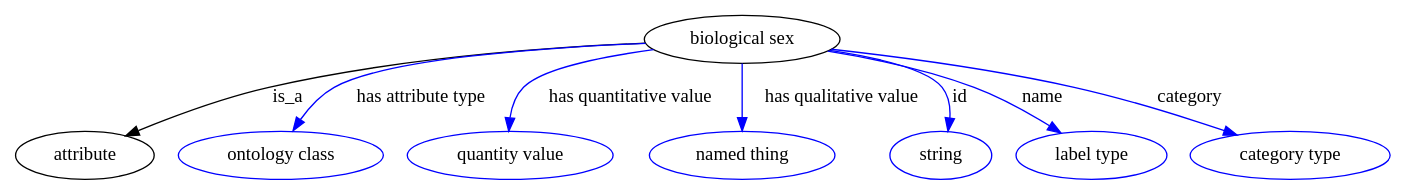
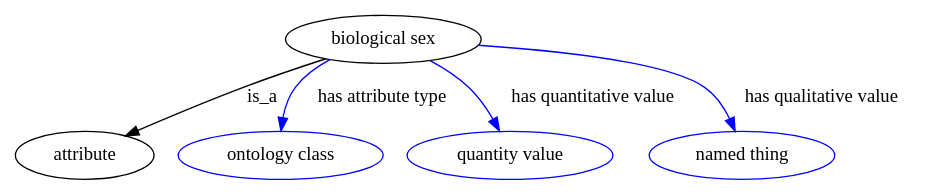
Before and after one commit to biolink/biolink-model: the diagram in graphviz/biological_sex.gv, drawn with Graphviz. The commit also changed 134 other files, not shown here.

```diff
--- a/graphviz/biological_sex.gv
+++ b/graphviz/biological_sex.gv
@@ -1,74 +1,44 @@
 digraph {
-	graph [bb="0,0,832.79,123"];
+	graph [bb="0,0,533.3,123"];
 	node [label="\N"];
 	"biological sex"	 [height=0.5,
 		label="biological sex",
-		pos="439.3,105",
+		pos="226.3,105",
 		width=1.661];
 	attribute	 [height=0.5,
 		pos="40.296,18",
 		width=1.1193];
 	"biological sex" -> attribute	 [label=is_a,
-		lp="174.3,61.5",
-		pos="e,67.415,31.686 380.27,101.81 323.79,97.703 236.59,88.605 163.3,69 133.13,60.931 100.56,47.179 76.513,35.988"];
+		lp="158.3,61.5",
+		pos="e,67.947,31.34 192.8,89.887 178.72,83.498 162.19,75.941 147.3,69 123.84,58.068 97.615,45.571 76.996,35.684"];
 	"has attribute type"	 [color=blue,
 		height=0.5,
 		label="ontology class",
 		pos="160.3,18",
 		width=1.7151];
 	"biological sex" -> "has attribute type"	 [color=blue,
 		label="has attribute type",
-		lp="256.3,61.5",
-		pos="e,172.74,36.026 381.59,100.2 323.5,94.621 238.46,84.197 209.3,69 197.73,62.972 187.32,53.162 179.1,43.749",
+		lp="228.3,61.5",
+		pos="e,165.28,36.145 200.88,88.308 193.86,82.793 186.7,76.204 181.3,69 176.07,62.028 171.9,53.569 168.71,45.56",
 		style=solid];
 	"has quantitative value"	 [color=blue,
 		height=0.5,
 		label="quantity value",
 		pos="301.3,18",
 		width=1.6971];
 	"biological sex" -> "has quantitative value"	 [color=blue,
 		label="has quantitative value",
-		lp="375.8,61.5",
-		pos="e,302.38,36.246 388.65,95.295 359.56,88.764 326.77,79.456 316.3,69 310.17,62.88 306.52,54.393 304.35,46.098",
+		lp="344.8,61.5",
+		pos="e,294.47,36.229 253.12,88.718 260.91,83.132 269.01,76.401 275.3,69 281.22,62.032 286.24,53.486 290.25,45.395",
 		style=solid];
 	"has qualitative value"	 [color=blue,
 		height=0.5,
 		label="named thing",
 		pos="439.3,18",
 		width=1.5346];
 	"biological sex" -> "has qualitative value"	 [color=blue,
 		label="has qualitative value",
-		lp="495.3,61.5",
-		pos="e,439.3,36.003 439.3,86.974 439.3,75.192 439.3,59.561 439.3,46.158",
-		style=solid];
-	id	 [color=blue,
-		height=0.5,
-		label=string,
-		pos="558.3,18",
-		width=0.84854];
-	"biological sex" -> id	 [color=blue,
-		label=id,
-		lp="564.8,61.5",
-		pos="e,560.73,36.405 488.89,94.775 515.22,88.306 543.85,79.245 552.3,69 557.42,62.784 559.68,54.599 560.45,46.611",
-		style=solid];
-	name	 [color=blue,
-		height=0.5,
-		label="label type",
-		pos="652.3,18",
-		width=1.2638];
-	"biological sex" -> name	 [color=blue,
-		label=name,
-		lp="617.8,61.5",
-		pos="e,631.51,34.237 490.29,95.433 516.13,89.588 547.61,80.914 574.3,69 591.43,61.354 609.04,50.173 623.18,40.228",
-		style=solid];
-	category	 [color=blue,
-		height=0.5,
-		label="category type",
-		pos="774.3,18",
-		width=1.6249];
-	"biological sex" -> category	 [color=blue,
-		label=category,
-		lp="706.8,61.5",
-		pos="e,739.94,32.72 494.08,97.697 534.16,91.714 589.62,82.097 637.3,69 669.12,60.258 703.96,47.239 730.54,36.543",
+		lp="477.3,61.5",
+		pos="e,432.75,36.04 282.97,98.83 328.62,92.952 388.36,82.93 408.3,69 416.81,63.053 423.4,53.949 428.28,45.07",
 		style=solid];
 }
```
